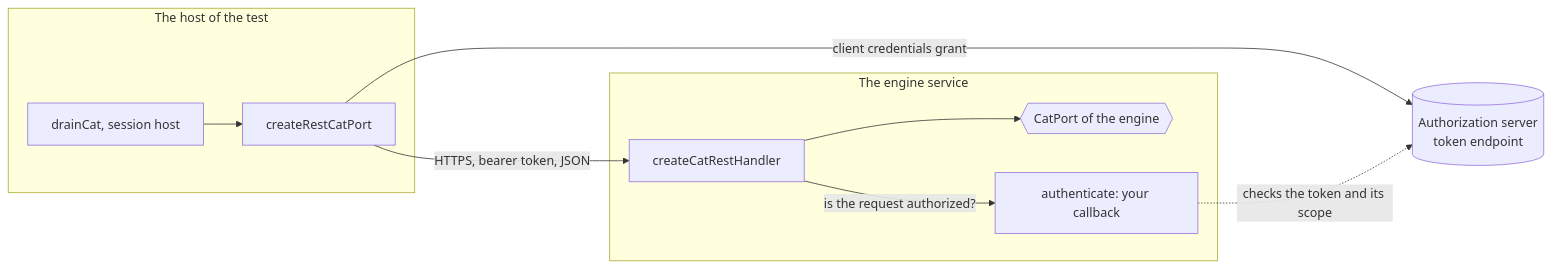
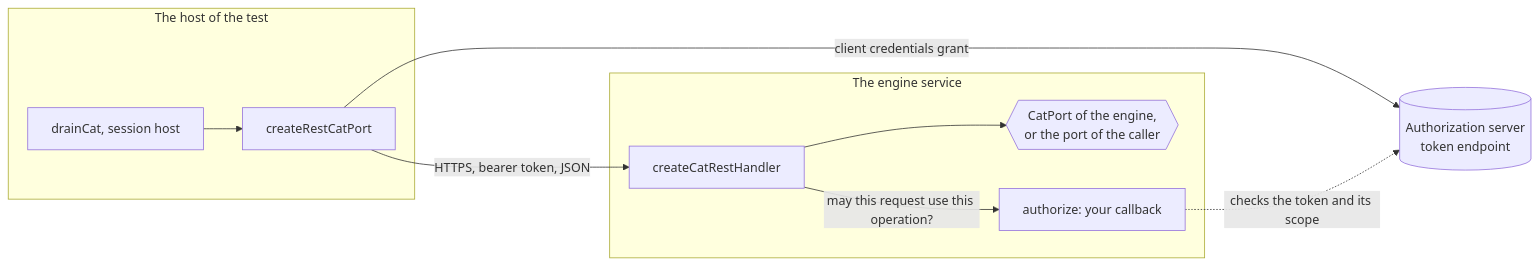
The sixth of 7 diagrams in docs/player/cat.md (assesskit/assesskit), drawn with Mermaid before and after one commit. The commit also changed other lines of this file and 17 other files, not shown here.

Commit message:
Answer a request by the origin of its failure: authorize with a decision (401, 403 or the port of the caller), report the faults to onError, and set the prefix of the engine

````diff
--- a/docs/player/cat.md
+++ b/docs/player/cat.md
@@ -297,15 +299,15 @@
 ```mermaid
 flowchart LR
   subgraph delivery["The host of the test"]
     drain["drainCat, session host"] --> client["createRestCatPort"]
   end
   subgraph engineSide["The engine service"]
-    handler["createCatRestHandler"] --> engine{{"CatPort of the engine"}}
-    auth["authenticate: your callback"]
+    handler["createCatRestHandler"] --> engine{{"CatPort of the engine,<br/>or the port of the caller"}}
+    auth["authorize: your callback"]
   end
   as[("Authorization server<br/>token endpoint")]
   client -->|"client credentials grant"| as
   client -->|"HTTPS, bearer token, JSON"| handler
-  handler -->|"is the request authorized?"| auth
+  handler -->|"may this request use this operation?"| auth
   auth -.->|"checks the token and its scope"| as
 ```
````
